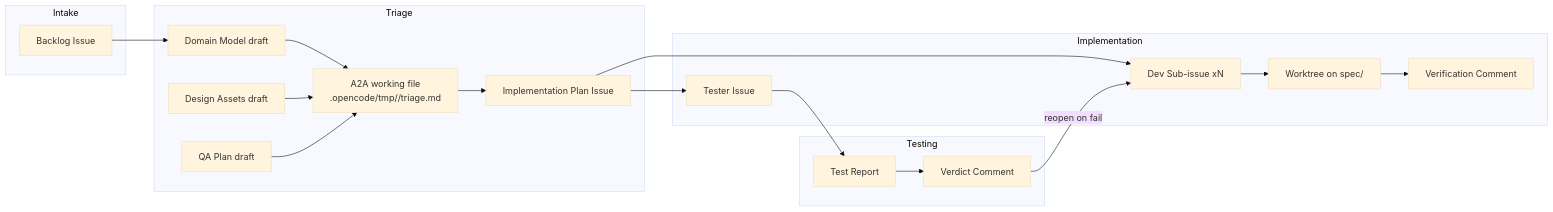
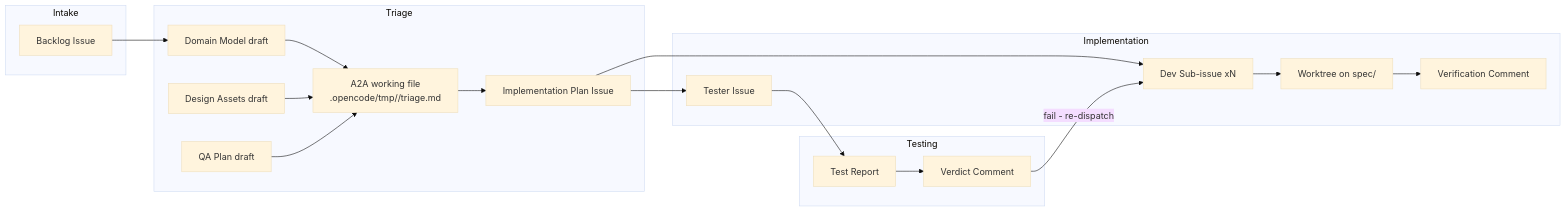
The diagram in docs/agentic-pipeline/artifacts.md (FredoAi/fredo), drawn with Mermaid (base theme) before and after one commit. The commit also changed other lines of this file and 38 other files, not shown here.

````diff
--- a/docs/agentic-pipeline/artifacts.md
+++ b/docs/agentic-pipeline/artifacts.md
@@ -9,38 +9,38 @@
 ```mermaid
 flowchart LR
     subgraph Intake
         BL[Backlog Issue]
     end
 
     subgraph Triage
         DM[Domain Model draft]
         DS[Design Assets draft]
         QAP[QA Plan draft]
         A2A[A2A working file<br/>.opencode/tmp/<issue>/triage.md]
         IP[Implementation Plan Issue]
     end
 
     subgraph Implementation
         SUB[Dev Sub-issue xN]
         TIS[Tester Issue]
         WT[Worktree on spec/<N>]
         VR[Verification Comment]
     end
 
     subgraph Testing
         TR[Test Report]
         VD[Verdict Comment]
     end
 
     BL --> DM
     DM --> A2A
     DS --> A2A
     QAP --> A2A
     A2A --> IP
     IP --> SUB
     IP --> TIS
     SUB --> WT
     WT --> VR
     TIS --> TR --> VD
-    VD -->|reopen on fail| SUB
+    VD -->|fail - re-dispatch| SUB
 ```
````
